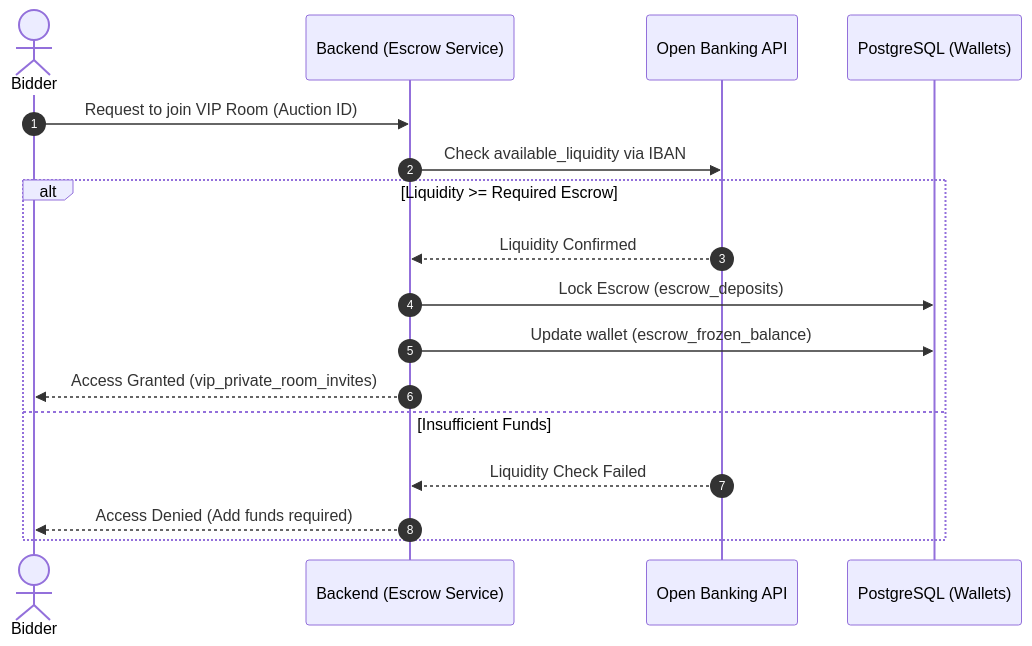
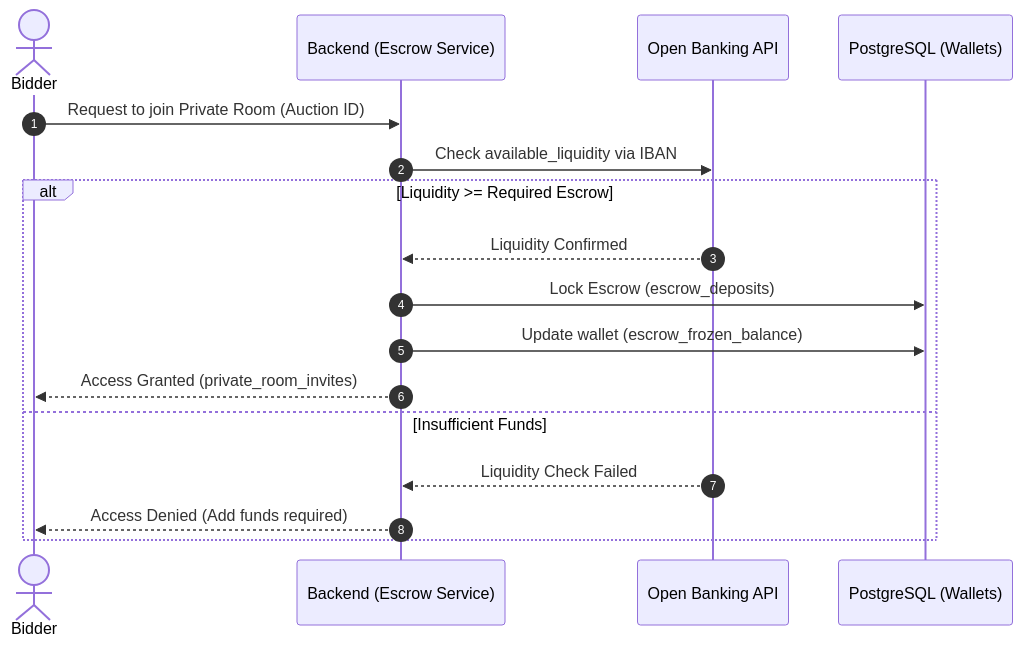
The fifth of 13 diagrams in Stage_3/Report.MD (ghadi0alzhrani0/Mezyad), drawn with Mermaid before and after one commit. The commit also changed other lines of this file, not shown here.

````diff
--- a/Stage_3/Report.MD
+++ b/Stage_3/Report.MD
@@ -464,21 +525,21 @@
 ```mermaid
 sequenceDiagram
     autonumber
     actor Bidder
     participant API as Backend (Escrow Service)
     participant Bank as Open Banking API
     participant DB as PostgreSQL (Wallets)
 
-    Bidder->>API: Request to join VIP Room (Auction ID)
+    Bidder->>API: Request to join Private Room (Auction ID)
     API->>Bank: Check available_liquidity via IBAN
 
     alt Liquidity >= Required Escrow
         Bank-->>API: Liquidity Confirmed
         API->>DB: Lock Escrow (escrow_deposits)
         API->>DB: Update wallet (escrow_frozen_balance)
-        API-->>Bidder: Access Granted (vip_private_room_invites)
+        API-->>Bidder: Access Granted (private_room_invites)
     else Insufficient Funds
         Bank-->>API: Liquidity Check Failed
         API-->>Bidder: Access Denied (Add funds required)
     end
 ```
````
